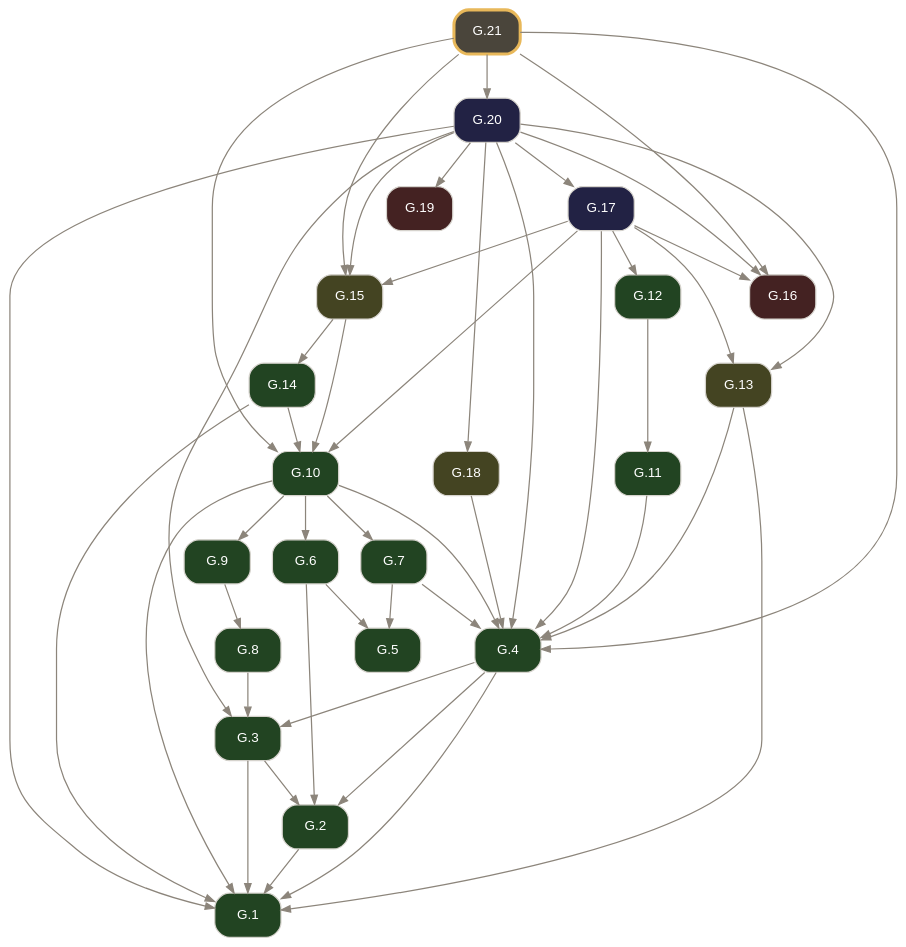
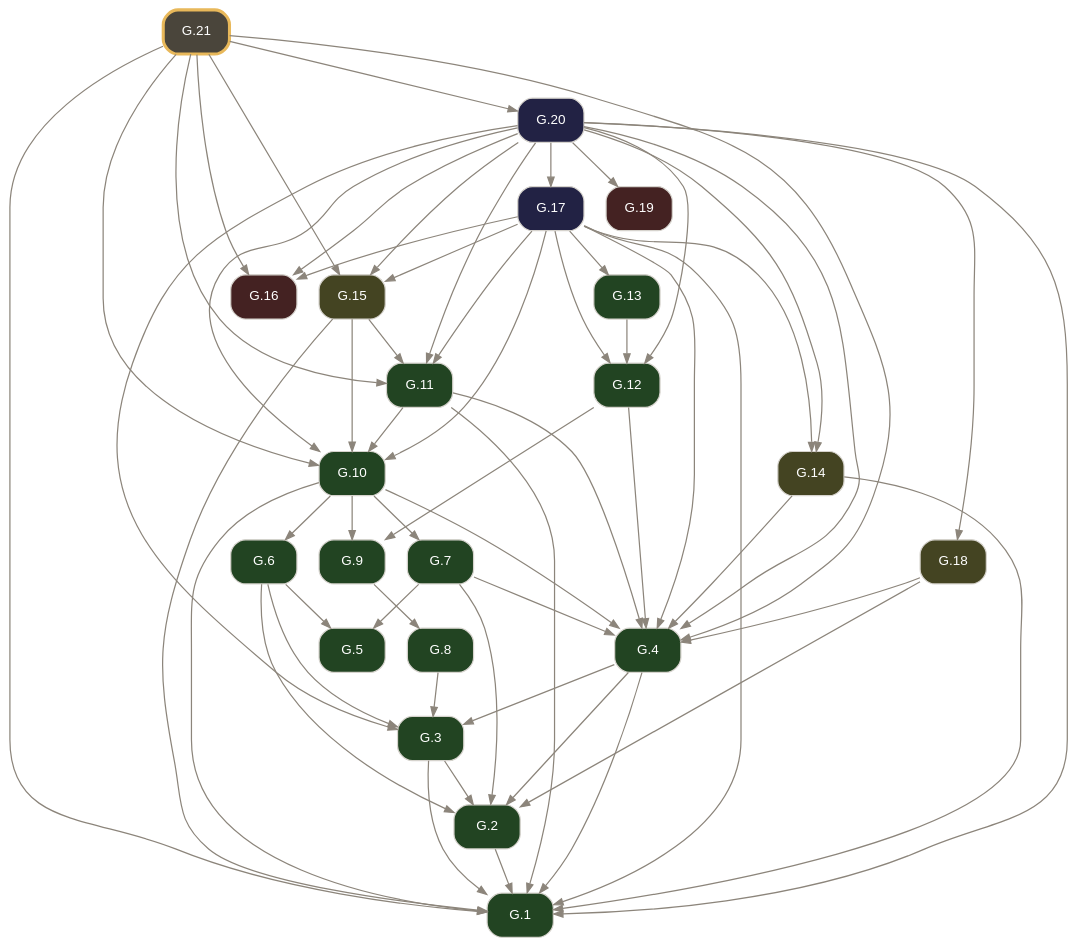
The diagram in docsrc/elements2/G.21/index.rst (geometor/elements), drawn with Graphviz before and after one commit. The commit also changed other lines of this file and 1276 other files, not shown here.

```diff
--- a/docsrc/elements2/G.21/index.rst
+++ b/docsrc/elements2/G.21/index.rst
@@ -86,10 +79,10 @@
      "G.8" [label="G.8", tooltip="G.8 (I.def.13): A boundary is the extremity of anything.", fillcolor="#224422", URL="../G.8/index.html", target="_top"];
      "G.9" [label="G.9", tooltip="G.9 (I.def.14): A figure is that which is contained by any boundary or boundaries.", fillcolor="#224422", URL="../G.9/index.html", target="_top"];
      "G.10" [label="G.10", tooltip="G.10 (I.def.15): A circle ( A B ) is a plane figure contained by one arc defined by a center A and a point B establishing its defining radius / A B /, such that all segments / A B /, / A C /, / A D...", fillcolor="#224422", URL="../G.10/index.html", target="_top"];
-     "G.11" [label="G.11", tooltip="G.11 (I.def.19): Rectilineal figures are contained by segments: trilateral by three, quadrilateral by four, and multilateral by more than four.", fillcolor="#224422", URL="../G.11/index.html", target="_top"];
-     "G.12" [label="G.12", tooltip="G.12 (I.def.20): Of trilateral figures, an equilateral triangle < A B C > has three equal sides, an isosceles triangle < D E F > has two equal sides, and a scalene triangle < G H K > has three uneq...", fillcolor="#224422", URL="../G.12/index.html", target="_top"];
-     "G.13" [label="G.13", tooltip="G.13 (I.post.1): Construct a segment / A B / between any two points A, B.", fillcolor="#444422", URL="../G.13/index.html", target="_top"];
-     "G.14" [label="G.14", tooltip="G.14 (I.def.16): The point A within the circle ( A B ) from which all segments / A B /, / A C / to the arc are equal is called the center of the circle.", fillcolor="#224422", URL="../G.14/index.html", target="_top"];
+     "G.11" [label="G.11", tooltip="G.11 (I.def.16): The point A within the circle ( A B ) from which all segments / A B /, / A C / to the arc are equal is called the center of the circle.", fillcolor="#224422", URL="../G.11/index.html", target="_top"];
+     "G.12" [label="G.12", tooltip="G.12 (I.def.19): Rectilineal figures are contained by segments: trilateral by three, quadrilateral by four, and multilateral by more than four.", fillcolor="#224422", URL="../G.12/index.html", target="_top"];
+     "G.13" [label="G.13", tooltip="G.13 (I.def.20): Of trilateral figures, an equilateral triangle < A B C > has three equal sides, an isosceles triangle < D E F > has two equal sides, and a scalene triangle < G H K > has three uneq...", fillcolor="#224422", URL="../G.13/index.html", target="_top"];
+     "G.14" [label="G.14", tooltip="G.14 (I.post.1): Construct a segment / A B / between any two points A, B.", fillcolor="#444422", URL="../G.14/index.html", target="_top"];
      "G.15" [label="G.15", tooltip="G.15 (I.post.3): Construct a circle ( A B ) with center A and defining radius point B.", fillcolor="#444422", URL="../G.15/index.html", target="_top"];
      "G.16" [label="G.16", tooltip="G.16 (I.cn.1): Things equal to the same thing are equal to one another.", fillcolor="#442222", URL="../G.16/index.html", target="_top"];
      "G.17" [label="G.17", tooltip="G.17 (I.1): Construct an equilateral triangle on a given segment.", fillcolor="#222244", URL="../G.17/index.html", target="_top"];
@@ -101,19 +94,26 @@
      "G.3" -> "G.1";
      "G.4" -> "G.1";
      "G.10" -> "G.1";
-     "G.13" -> "G.1";
+     "G.11" -> "G.1";
      "G.14" -> "G.1";
+     "G.15" -> "G.1";
+     "G.17" -> "G.1";
      "G.20" -> "G.1";
+     "G.21" -> "G.1";
      "G.3" -> "G.2";
      "G.4" -> "G.2";
      "G.6" -> "G.2";
+     "G.7" -> "G.2";
+     "G.18" -> "G.2";
      "G.4" -> "G.3";
+     "G.6" -> "G.3";
      "G.8" -> "G.3";
      "G.20" -> "G.3";
      "G.7" -> "G.4";
      "G.10" -> "G.4";
      "G.11" -> "G.4";
-     "G.13" -> "G.4";
+     "G.12" -> "G.4";
+     "G.14" -> "G.4";
      "G.17" -> "G.4";
      "G.18" -> "G.4";
      "G.20" -> "G.4";
@@ -124,15 +124,22 @@
      "G.10" -> "G.7";
      "G.9" -> "G.8";
      "G.10" -> "G.9";
-     "G.14" -> "G.10";
+     "G.12" -> "G.9";
+     "G.11" -> "G.10";
      "G.15" -> "G.10";
      "G.17" -> "G.10";
+     "G.20" -> "G.10";
      "G.21" -> "G.10";
-     "G.12" -> "G.11";
+     "G.15" -> "G.11";
+     "G.17" -> "G.11";
+     "G.20" -> "G.11";
+     "G.21" -> "G.11";
+     "G.13" -> "G.12";
      "G.17" -> "G.12";
+     "G.20" -> "G.12";
      "G.17" -> "G.13";
-     "G.20" -> "G.13";
-     "G.15" -> "G.14";
+     "G.17" -> "G.14";
+     "G.20" -> "G.14";
      "G.17" -> "G.15";
      "G.20" -> "G.15";
      "G.21" -> "G.15";
```
